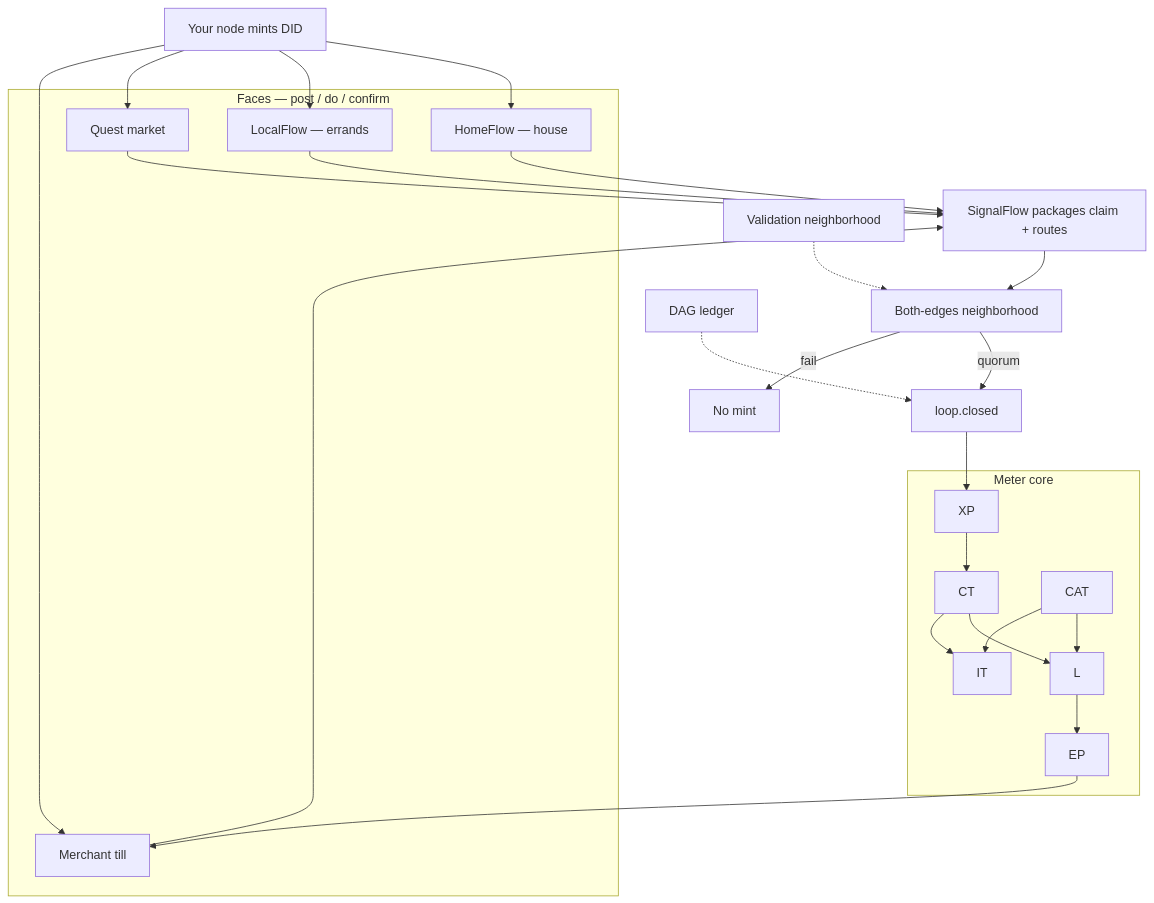
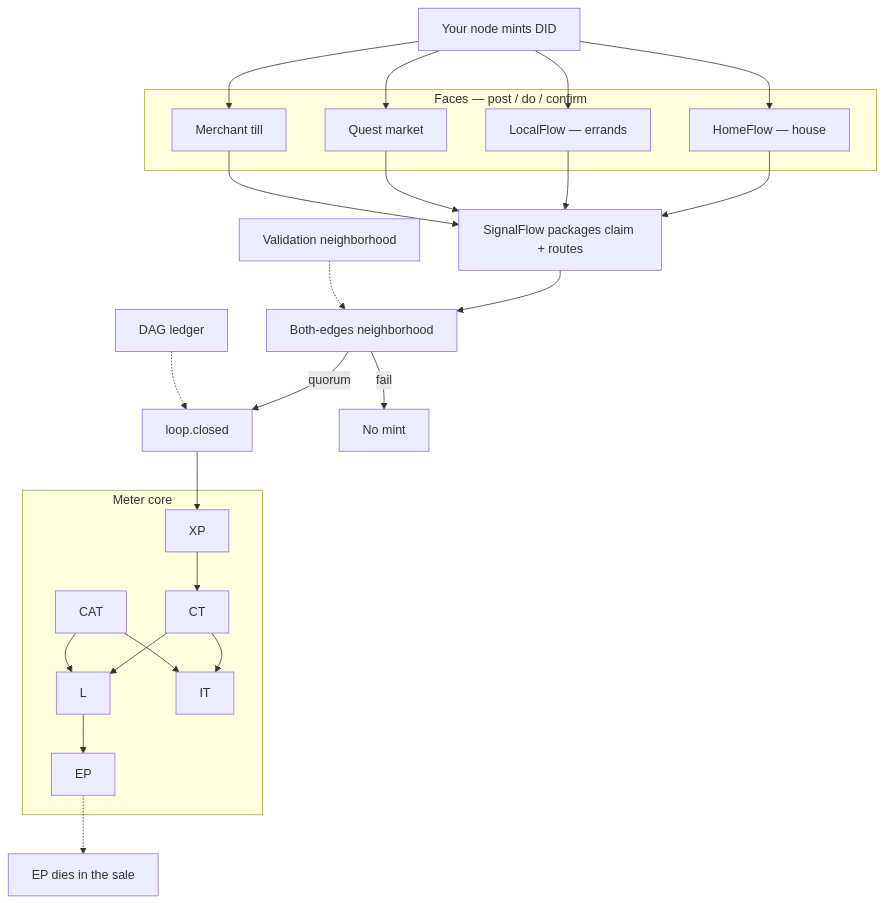
Before and after one commit to 00ranman/extropy-engine: the diagram in DIAGRAM.md, drawn with Mermaid. The commit also changed other lines of this file and 3 other files, not shown here.

First line of the commit message:
Lock the glance diagram.

````diff
--- a/DIAGRAM.md
+++ b/DIAGRAM.md
@@ -33,39 +37,39 @@
 ```mermaid
 flowchart TB
   NODE[Your node mints DID] --> HF
   NODE --> LF
   NODE --> QM
   NODE --> TILL
   subgraph FACES[Faces — post / do / confirm]
     HF[HomeFlow — house]
     LF[LocalFlow — errands]
     QM[Quest market]
     TILL[Merchant till]
   end
   HF --> SF
   LF --> SF
   QM --> SF
   TILL --> SF
   SF[SignalFlow packages claim + routes]
   SF --> VERIFY[Both-edges neighborhood]
   VERIFY -->|quorum| CLOSE[loop.closed]
   VERIFY -->|fail| NOMINT[No mint]
   CLOSE --> XP
   subgraph CORE[Meter core]
     XP[XP]
     CT[CT]
     L[L]
     EP[EP]
     CAT[CAT]
     IT[IT]
   end
   XP --> CT
   CT --> L
   CAT --> L
   L --> EP
   CT --> IT
   CAT --> IT
-  EP --> TILL
+  EP -.-> DIE[EP dies in the sale]
   DAG[DAG ledger] -.-> CLOSE
   VN[Validation neighborhood] -.-> VERIFY
 ```
````
